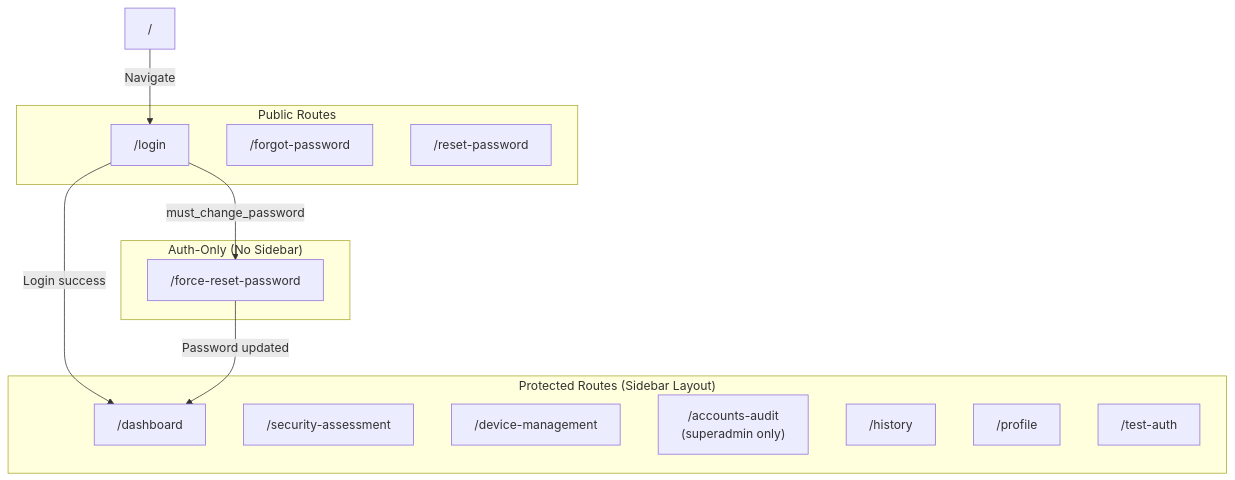
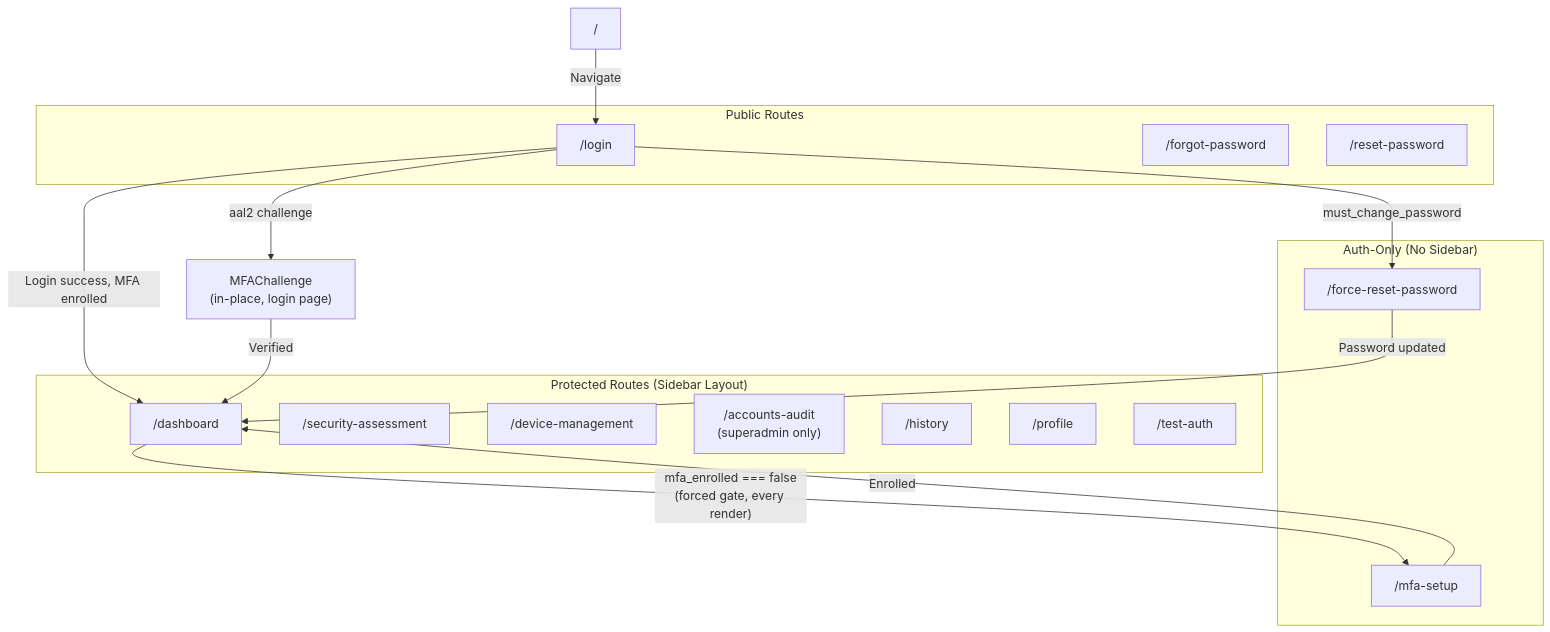
The first of 3 diagrams in docs/PAGES_ROUTES_AND_USER_FLOWS.md (micoescsr/testWebApp), drawn with Mermaid before and after one commit. The commit also changed other lines of this file and 12 other files, not shown here.

````diff
--- a/docs/PAGES_ROUTES_AND_USER_FLOWS.md
+++ b/docs/PAGES_ROUTES_AND_USER_FLOWS.md
@@ -30,28 +36,33 @@
 ```mermaid
 graph TD
     ROOT["/"] -->|Navigate| LOGIN["/login"]
     
     subgraph "Public Routes"
         LOGIN
         FORGOT["/forgot-password"]
         RESET["/reset-password"]
     end
 
     subgraph "Auth-Only (No Sidebar)"
         FORCE["/force-reset-password"]
+        MFASETUP["/mfa-setup"]
     end
 
     subgraph "Protected Routes (Sidebar Layout)"
         DASH["/dashboard"]
         SAM["/security-assessment"]
         DEV["/device-management"]
         ACC["/accounts-audit<br/>(superadmin only)"]
         HIST["/history"]
         PROF["/profile"]
         TEST["/test-auth"]
     end
 
-    LOGIN -->|"Login success"| DASH
+    LOGIN -->|"Login success, MFA enrolled"| DASH
     LOGIN -->|"must_change_password"| FORCE
+    LOGIN -->|"aal2 challenge"| MFACHAL["MFAChallenge<br/>(in-place, login page)"]
+    MFACHAL -->|"Verified"| DASH
     FORCE -->|"Password updated"| DASH
+    DASH -->|"mfa_enrolled === false<br/>(forced gate, every render)"| MFASETUP
+    MFASETUP -->|"Enrolled"| DASH
 ```
````
